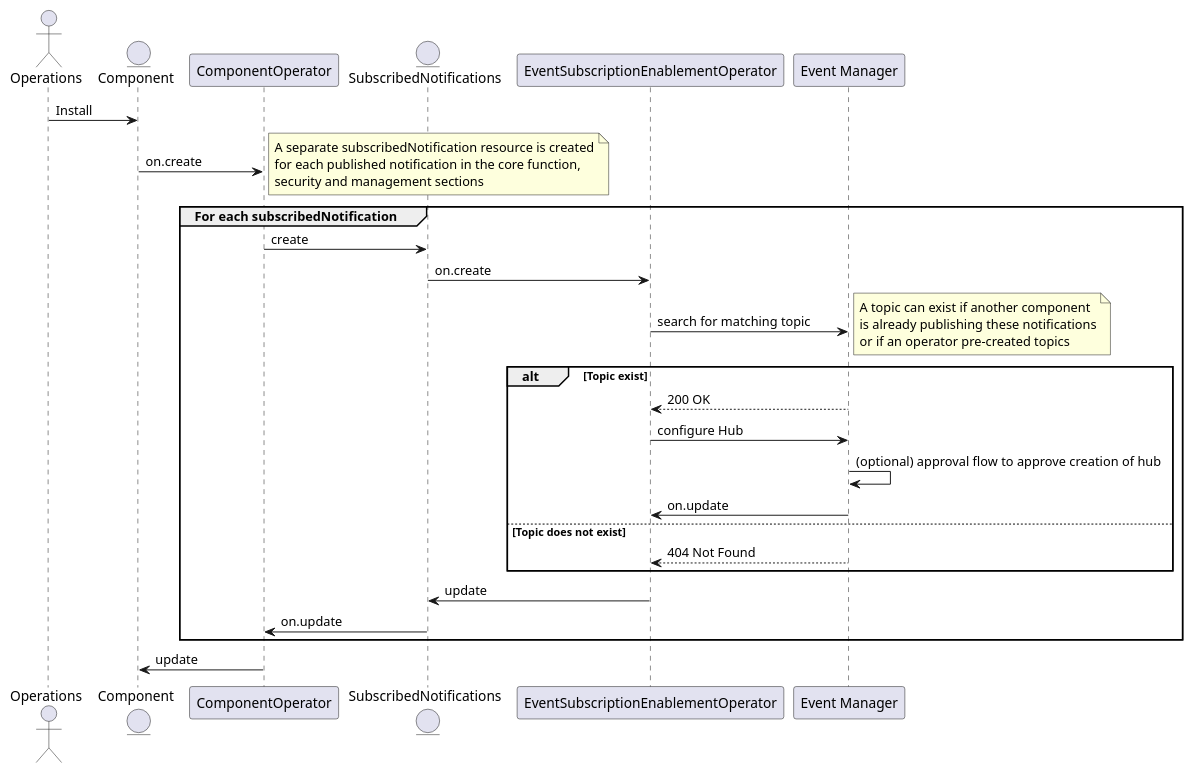
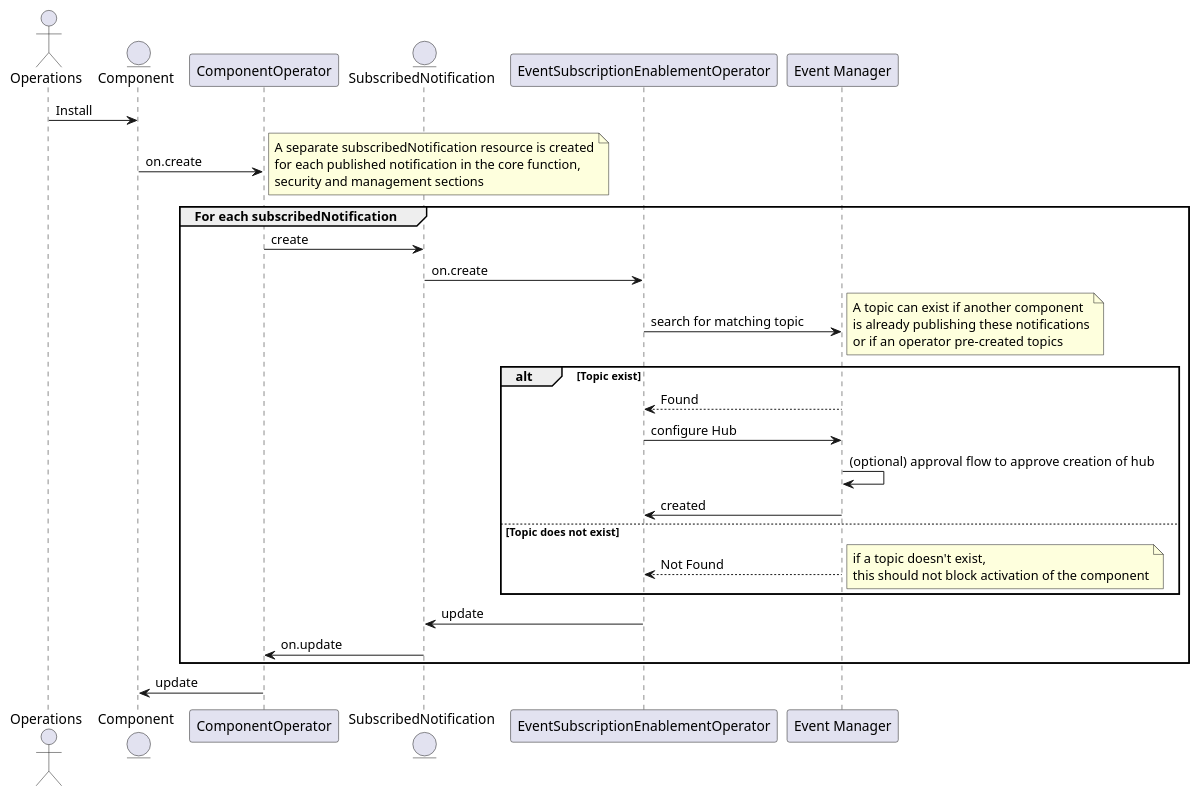
The diagram in oda-canvas-ctk/usecase-library/pumlFiles/enableEventSubscription.puml (tmforum-oda/oda-canvas), drawn with PlantUML before and after one commit. The commit also changed 7 other files, not shown here.

Commit message:
EventSubscription defined Requirement for Create/Delete Topic use case

```diff
--- a/oda-canvas-ctk/usecase-library/pumlFiles/enableEventSubscription.puml
+++ b/oda-canvas-ctk/usecase-library/pumlFiles/enableEventSubscription.puml
@@ -1,39 +1,43 @@
 @startuml
 
 actor Operations
 entity Component
 participant ComponentOperator
-entity SubscribedNotifications
+entity SubscribedNotification
 participant EventSubscriptionEnablementOperator
 participant "Event Manager" as TMFC019
 
 Component <- Operations : Install
 Component -> ComponentOperator: on.create 
 note right
     A separate subscribedNotification resource is created
     for each published notification in the core function,
     security and management sections
 end note
 group For each subscribedNotification
-	ComponentOperator -> SubscribedNotifications: create
-    SubscribedNotifications -> EventSubscriptionEnablementOperator: on.create     
+	ComponentOperator -> SubscribedNotification: create
+    SubscribedNotification -> EventSubscriptionEnablementOperator: on.create
     EventSubscriptionEnablementOperator -> TMFC019: search for matching topic
     note right
     	A topic can exist if another component
     	is already publishing these notifications
     	or if an operator pre-created topics
     end note
     alt Topic exist
-    	EventSubscriptionEnablementOperator <-- TMFC019: 200 OK
+    	EventSubscriptionEnablementOperator <-- TMFC019: Found
     	EventSubscriptionEnablementOperator -> TMFC019 : configure Hub
     	TMFC019 -> TMFC019: (optional) approval flow to approve creation of hub
-    	EventSubscriptionEnablementOperator <- TMFC019 : on.update
+    	EventSubscriptionEnablementOperator <- TMFC019 : created
     else Topic does not exist
-     	EventSubscriptionEnablementOperator <-- TMFC019: 404 Not Found
+     	EventSubscriptionEnablementOperator <-- TMFC019: Not Found
+        note right
+            if a topic doesn't exist,
+            this should not block activation of the component
+        end note
     end alt
-    SubscribedNotifications <- EventSubscriptionEnablementOperator: update
-    ComponentOperator <- SubscribedNotifications: on.update
+    SubscribedNotification <- EventSubscriptionEnablementOperator: update
+    ComponentOperator <- SubscribedNotification: on.update
 end
 Component <- ComponentOperator: update 
 
 @enduml
```
